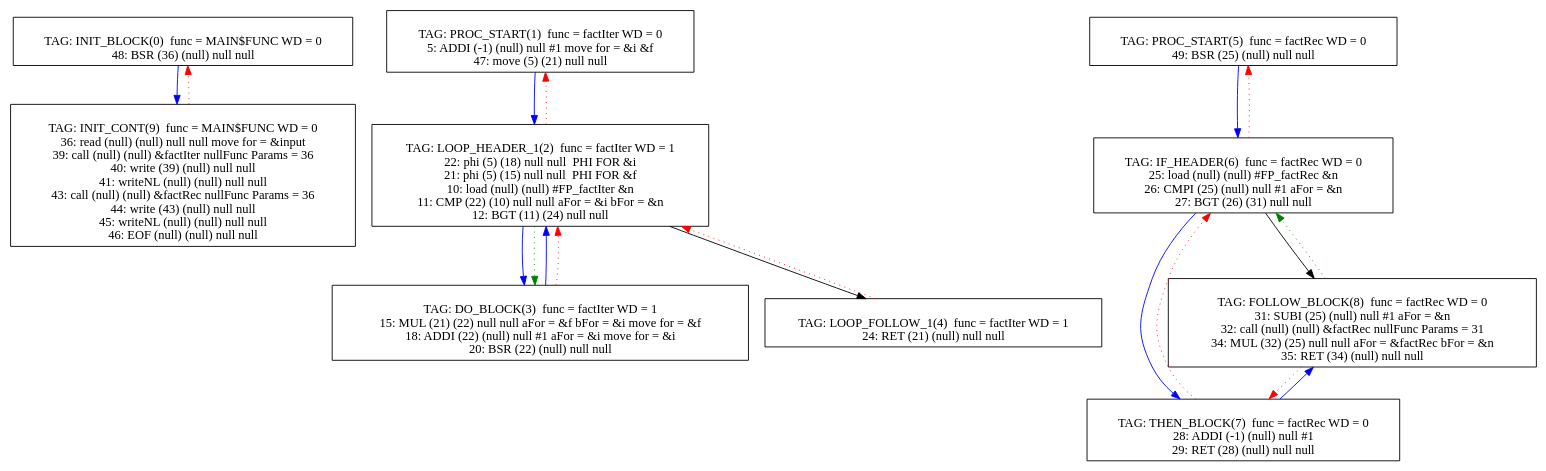
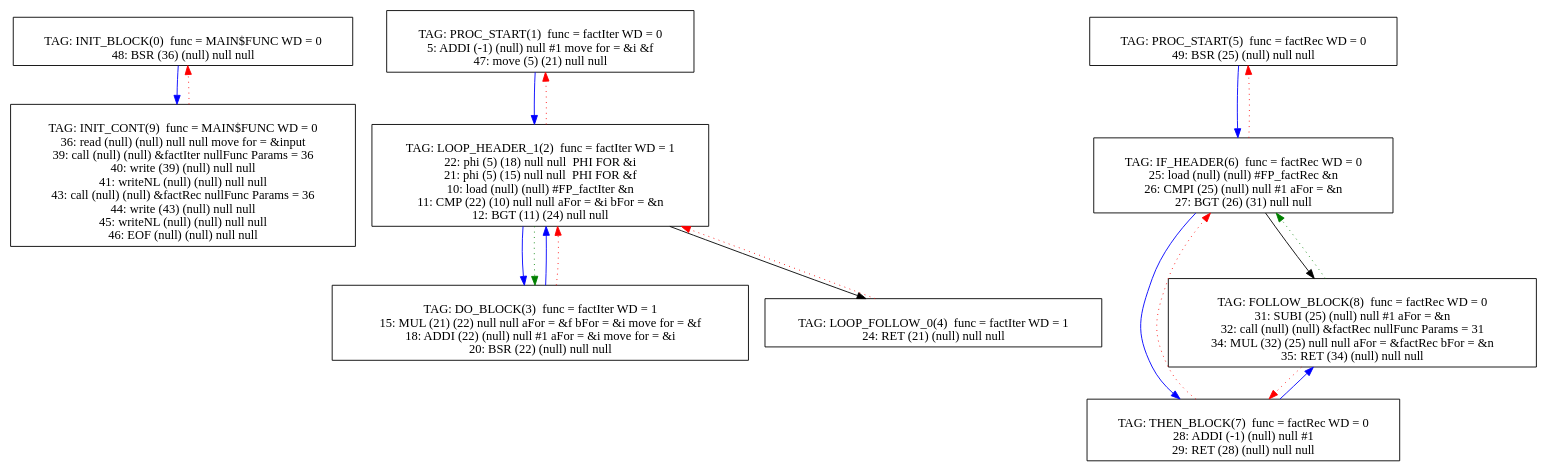
Before and after one commit to mbajaj92/Project-Astoria: the diagram in Compiler/34graph.dot, drawn with Graphviz. The commit also changed 85 other files, not shown here.

```diff
--- a/Compiler/34graph.dot
+++ b/Compiler/34graph.dot
@@ -1,90 +1,90 @@
 digraph {
 0[label="
 TAG: INIT_BLOCK(0)  func = MAIN$FUNC WD = 0
 48: BSR (36) (null) null null
 "];
 0[shape=box];
 0 -> 9[color=blue]
 1[label="
 TAG: PROC_START(1)  func = factIter WD = 0
 5: ADDI (-1) (null) null #1 move for = &i &f
 47: move (5) (21) null null
 "];
 1[shape=box];
 1 -> 2[color=blue]
 2[label="
 TAG: LOOP_HEADER_1(2)  func = factIter WD = 1
 22: phi (5) (18) null null  PHI FOR &i
 21: phi (5) (15) null null  PHI FOR &f
 10: load (null) (null) #FP_factIter &n
 11: CMP (22) (10) null null aFor = &i bFor = &n
 12: BGT (11) (24) null null
 "];
 2[shape=box];
 2 -> 3[color=blue]
 2 -> 4[color=black]
 2 -> 1[color=red][style=dotted]
 2 -> 3[color=green][style=dotted]
 3[label="
 TAG: DO_BLOCK(3)  func = factIter WD = 1
 15: MUL (21) (22) null null aFor = &f bFor = &i move for = &f
 18: ADDI (22) (null) null #1 aFor = &i move for = &i
 20: BSR (22) (null) null null
 "];
 3[shape=box];
 3 -> 2[color=blue]
 3 -> 2[color=red][style=dotted]
 4[label="
-TAG: LOOP_FOLLOW_1(4)  func = factIter WD = 1
+TAG: LOOP_FOLLOW_0(4)  func = factIter WD = 1
 24: RET (21) (null) null null
 "];
 4[shape=box];
 4 -> 2[color=red][style=dotted]
 5[label="
 TAG: PROC_START(5)  func = factRec WD = 0
 49: BSR (25) (null) null null
 "];
 5[shape=box];
 5 -> 6[color=blue]
 6[label="
 TAG: IF_HEADER(6)  func = factRec WD = 0
 25: load (null) (null) #FP_factRec &n
 26: CMPI (25) (null) null #1 aFor = &n
 27: BGT (26) (31) null null
 "];
 6[shape=box];
 6 -> 7[color=blue]
 6 -> 8[color=black]
 6 -> 5[color=red][style=dotted]
 7[label="
 TAG: THEN_BLOCK(7)  func = factRec WD = 0
 28: ADDI (-1) (null) null #1
 29: RET (28) (null) null null
 "];
 7[shape=box];
 7 -> 8[color=blue]
 7 -> 6[color=red][style=dotted]
 8[label="
 TAG: FOLLOW_BLOCK(8)  func = factRec WD = 0
 31: SUBI (25) (null) null #1 aFor = &n
 32: call (null) (null) &factRec nullFunc Params = 31
 34: MUL (32) (25) null null aFor = &factRec bFor = &n
 35: RET (34) (null) null null
 "];
 8[shape=box];
 8 -> 7[color=red][style=dotted]
 8 -> 6[color=green][style=dotted]
 9[label="
 TAG: INIT_CONT(9)  func = MAIN$FUNC WD = 0
 36: read (null) (null) null null move for = &input
 39: call (null) (null) &factIter nullFunc Params = 36
 40: write (39) (null) null null
 41: writeNL (null) (null) null null
 43: call (null) (null) &factRec nullFunc Params = 36
 44: write (43) (null) null null
 45: writeNL (null) (null) null null
 46: EOF (null) (null) null null
 "];
 9[shape=box];
 9 -> 0[color=red][style=dotted]
 }
```
